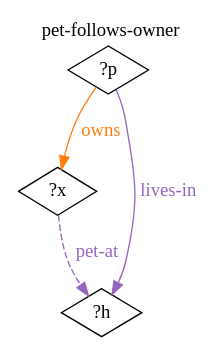
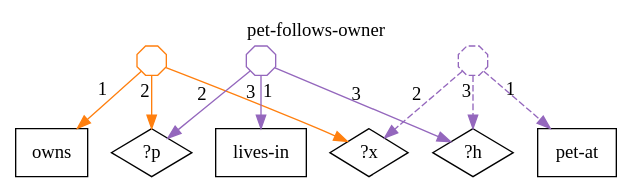
One commit to agutikov/ein changed the diagram in docs/ein/reasoning/01-static-ir/diagrams/02-pet-follows-owner-overlay.dot. Above: the diagram before and after it, drawn with Graphviz. The commit also changed 254 other files, not shown here.

```diff
--- a/docs/ein/reasoning/01-static-ir/diagrams/02-pet-follows-owner-overlay.dot
+++ b/docs/ein/reasoning/01-static-ir/diagrams/02-pet-follows-owner-overlay.dot
@@ -1,10 +1,22 @@
 digraph rule_pet_follows_owner_overlay {
   label="pet-follows-owner"; labelloc=t;
   ranksep=0.55;
+  "owns" [label="owns", shape=box];
   "?p" [label="?p", shape=diamond];
   "?x" [label="?x", shape=diamond];
+  "lives-in" [label="lives-in", shape=box];
   "?h" [label="?h", shape=diamond];
-  "?p" -> "?x" [label="owns", color="#ff7f0e", fontcolor="#ff7f0e"];
-  "?p" -> "?h" [label="lives-in", color="#9467bd", fontcolor="#9467bd"];
-  "?x" -> "?h" [label="pet-at", color="#9467bd", fontcolor="#9467bd", style=dashed];
+  "pet-at" [label="pet-at", shape=box];
+  "h1_owns" [shape=octagon, label="", width=0.3, height=0.3, fixedsize=true, color="#ff7f0e"];
+  "h1_owns" -> "owns" [xlabel="1", color="#ff7f0e"];
+  "h1_owns" -> "?p" [xlabel="2", color="#ff7f0e"];
+  "h1_owns" -> "?x" [xlabel="3", color="#ff7f0e"];
+  "h2_lives-in" [shape=octagon, label="", width=0.3, height=0.3, fixedsize=true, color="#9467bd"];
+  "h2_lives-in" -> "lives-in" [xlabel="1", color="#9467bd"];
+  "h2_lives-in" -> "?p" [xlabel="2", color="#9467bd"];
+  "h2_lives-in" -> "?h" [xlabel="3", color="#9467bd"];
+  "h3_pet-at" [shape=octagon, label="", width=0.3, height=0.3, fixedsize=true, color="#9467bd", style=dashed];
+  "h3_pet-at" -> "pet-at" [xlabel="1", color="#9467bd", style=dashed];
+  "h3_pet-at" -> "?x" [xlabel="2", color="#9467bd", style=dashed];
+  "h3_pet-at" -> "?h" [xlabel="3", color="#9467bd", style=dashed];
 }
```
